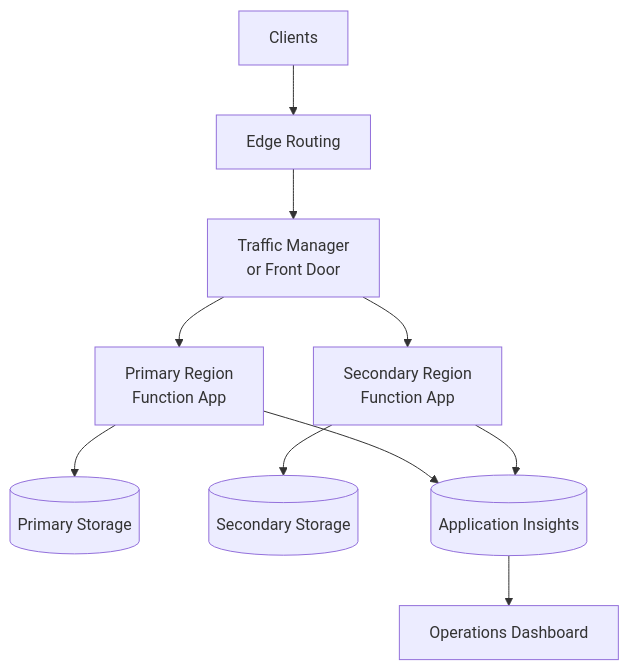
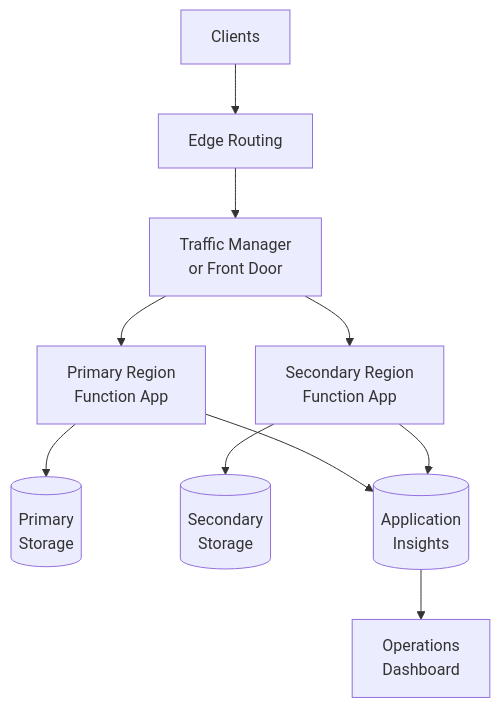
The second of 2 diagrams in docs/operations/recovery.md (yeongseon/azure-functions-practical-guide), drawn with Mermaid before and after one commit.

Commit message:
docs(diagrams): wrap regional storage and monitoring labels
Keep both regional apps aligned while fitting all existing storage and
monitoring labels within the mobile legibility budget.

Refs #349

````diff
--- a/docs/operations/recovery.md
+++ b/docs/operations/recovery.md
@@ -319,14 +319,14 @@
 ```mermaid
 flowchart TD
     accTitle: Regional recovery resource planning
     accDescr: Illustrative planning associations from clients through the edge-routing choice of Traffic Manager or Front Door to primary and secondary region function apps, each with its own storage. Both apps report to a configured shared Application Insights resource used by the operations dashboard. Arrows are not packet hops, storage replication, or a guarantee that both apps process traffic simultaneously; see the reading key.
     U[Clients] --> E["Edge Routing"]
     E --> TM["Traffic Manager<br/>or Front Door"]
     TM --> P["Primary Region<br/>Function App"]
     TM --> S["Secondary Region<br/>Function App"]
-    P --> SP[(Primary Storage)]
-    S --> SS[(Secondary Storage)]
-    P --> AP[(Application Insights)]
+    P --> SP[("Primary<br/>Storage")]
+    S --> SS[("Secondary<br/>Storage")]
+    P --> AP[("Application<br/>Insights")]
     S --> AP
-    AP --> O[Operations Dashboard]
+    AP --> O["Operations<br/>Dashboard"]
 ```
````
